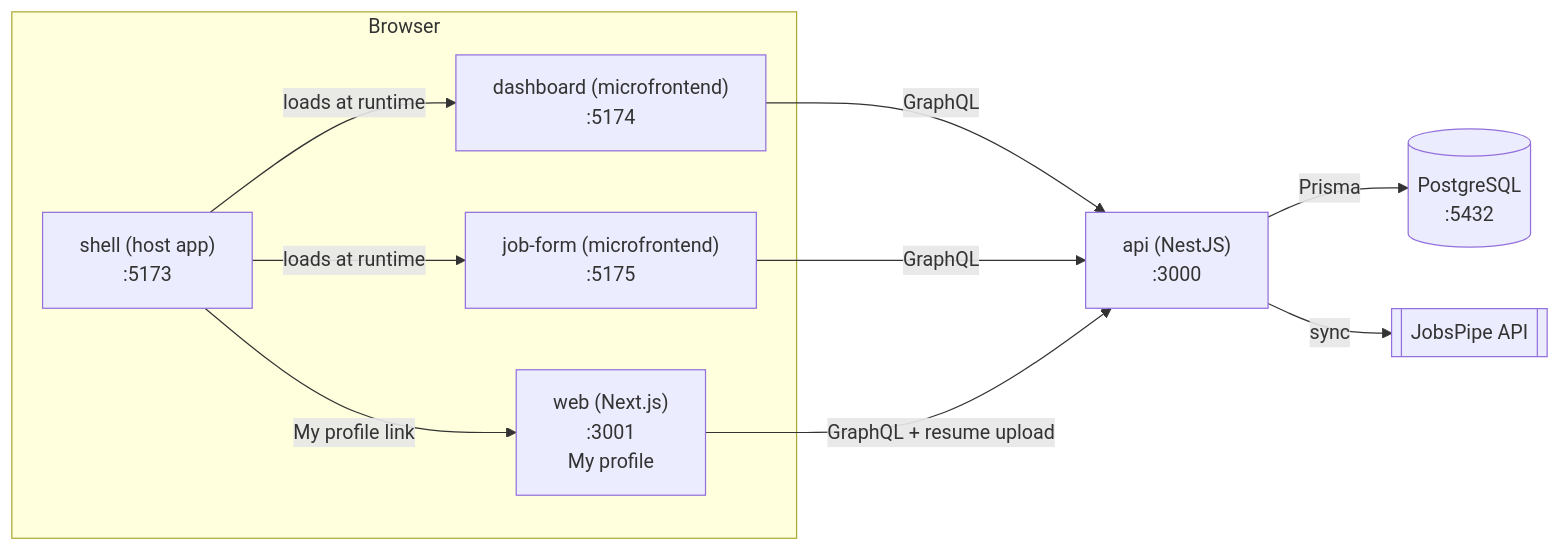
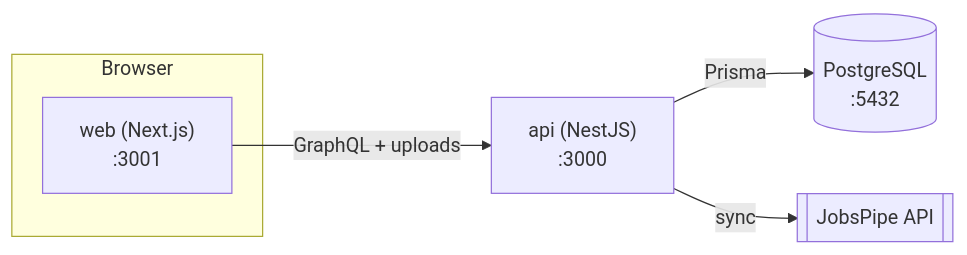
The diagram in README.md (mohamedfaizel/job-search-dashboard), drawn with Mermaid before and after one commit. The commit also changed other lines of this file and 115 other files, not shown here.

First line of the commit message:
Move Job posts, Tracker and Add jobs into the Next.js app; delete the old shell

````diff
--- a/README.md
+++ b/README.md
@@ -11,20 +11,12 @@
 ```mermaid
 flowchart LR
   subgraph Browser
-    shell["shell (host app)<br/>:5173"]
-    dashboard["dashboard (microfrontend)<br/>:5174"]
-    jobForm["job-form (microfrontend)<br/>:5175"]
-    web["web (Next.js)<br/>:3001<br/>My profile"]
-    shell -- loads at runtime --> dashboard
-    shell -- loads at runtime --> jobForm
-    shell -- "My profile" link --> web
+    web["web (Next.js)<br/>:3001"]
   end
   api["api (NestJS)<br/>:3000"]
   db[(PostgreSQL<br/>:5432)]
   jobspipe[[JobsPipe API]]
-  dashboard -- GraphQL --> api
-  jobForm -- GraphQL --> api
-  web -- GraphQL + resume upload --> api
+  web -- GraphQL + uploads --> api
   api -- Prisma --> db
   api -- sync --> jobspipe
 ```
````
